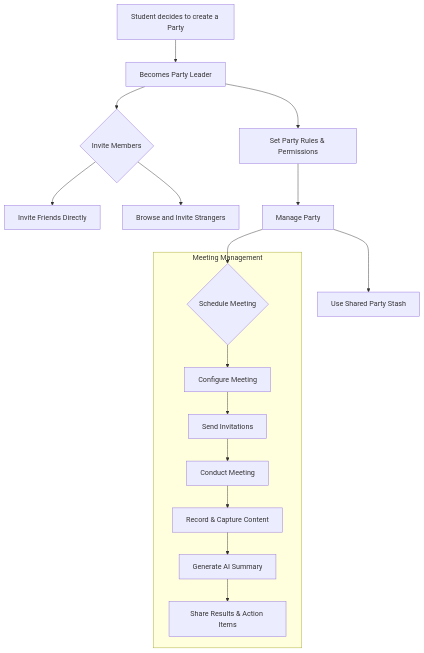
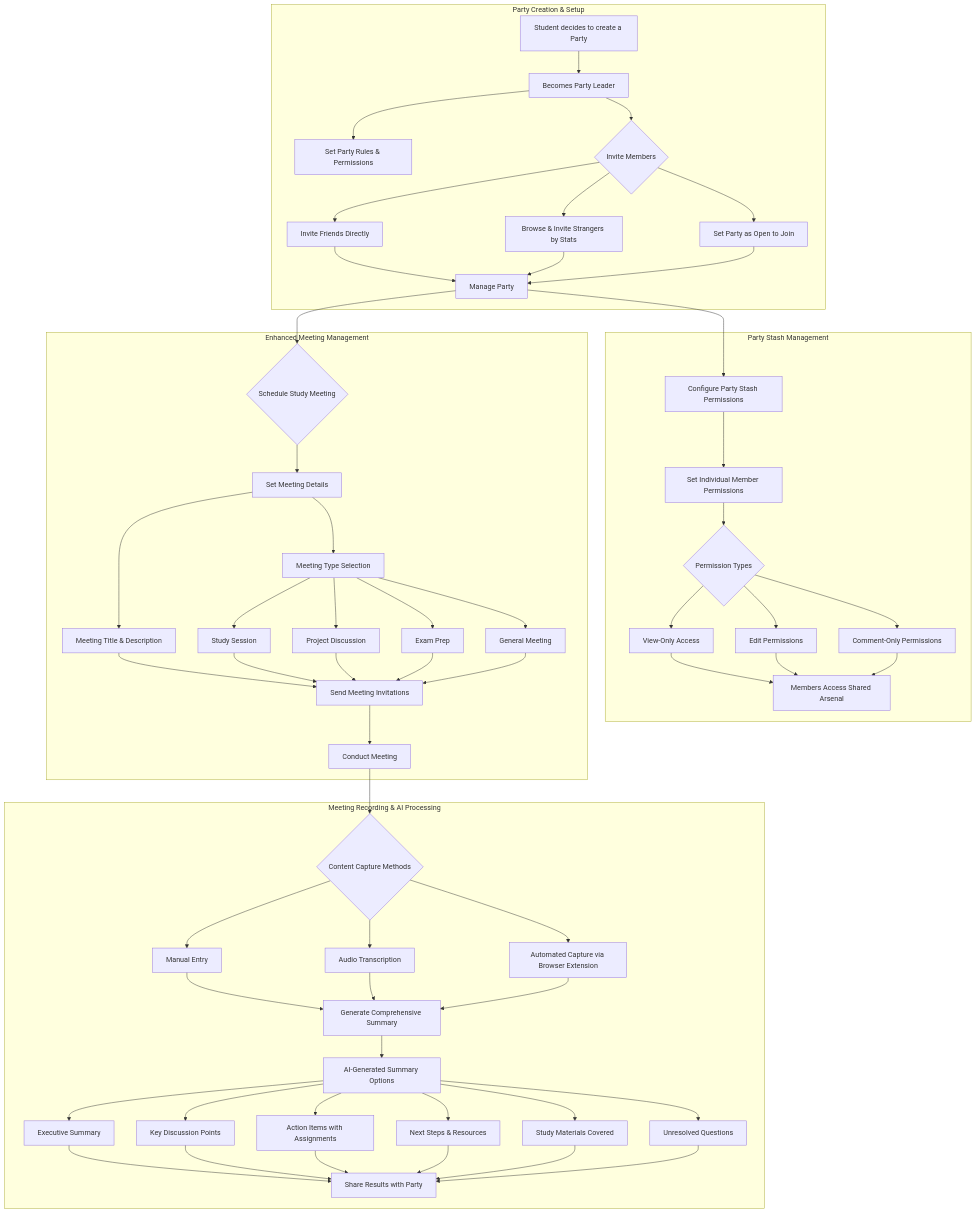
One commit to FA25SE050-RogueLearn/RogueLearn.BMAD.Documentation changed the third of 4 diagrams in docs/prd/user-flows.md. Above: the diagram before and after it, drawn with Mermaid. The commit also changed other lines of this file, not shown here.

Commit message:
feat: update user-flows

````diff
--- a/docs/prd/user-flows.md
+++ b/docs/prd/user-flows.md
@@ -75,20 +123,66 @@
 ```mermaid
 graph TD
-    A[Student decides to create a Party] --> B[Becomes Party Leader];
-    B --> C[Set Party Rules & Permissions];
-    B --> D{Invite Members};
-    D --> E[Invite Friends Directly];
-    D --> F[Browse and Invite Strangers];
-    C --> G[Manage Party];
-    G --> H[Use Shared Party Stash];
-    G --> I{Schedule Meeting};
-    
-    subgraph "Meeting Management"
-        I --> J[Configure Meeting];
-        J --> K[Send Invitations];
-        K --> L[Conduct Meeting];
-        L --> M[Record & Capture Content];
-        M --> N[Generate AI Summary];
-        N --> O[Share Results & Action Items];
+    subgraph "Party Creation & Setup"
+        A[Student decides to create a Party] --> B[Becomes Party Leader];
+        B --> C[Set Party Rules & Permissions];
+        B --> D{Invite Members};
+        D --> E[Invite Friends Directly];
+        D --> F[Browse & Invite Strangers by Stats];
+        D --> G[Set Party as Open to Join];
+        E --> H[Manage Party];
+        F --> H;
+        G --> H;
+    end
+
+    subgraph "Party Stash Management"
+        H --> I[Configure Party Stash Permissions];
+        I --> J[Set Individual Member Permissions];
+        J --> K{Permission Types};
+        K --> L[View-Only Access];
+        K --> M[Edit Permissions];
+        K --> N[Comment-Only Permissions];
+        L --> O[Members Access Shared Arsenal];
+        M --> O;
+        N --> O;
+    end
+
+    subgraph "Enhanced Meeting Management"
+        H --> P{Schedule Study Meeting};
+        P --> Q[Set Meeting Details];
+        Q --> Q1[Meeting Title & Description];
+        Q --> Q2[Meeting Type Selection];
+        Q2 --> Q3[Study Session];
+        Q2 --> Q4[Project Discussion];
+        Q2 --> Q5[Exam Prep];
+        Q2 --> Q6[General Meeting];
+        Q1 --> R[Send Meeting Invitations];
+        Q3 --> R;
+        Q4 --> R;
+        Q5 --> R;
+        Q6 --> R;
+        R --> S[Conduct Meeting];
+    end
+
+    subgraph "Meeting Recording & AI Processing"
+        S --> T{Content Capture Methods};
+        T --> U[Manual Entry];
+        T --> V[Audio Transcription];
+        T --> W[Automated Capture via Browser Extension];
+        U --> X[Generate Comprehensive Summary];
+        V --> X;
+        W --> X;
+        X --> Y[AI-Generated Summary Options];
+        Y --> Z[Executive Summary];
+        Y --> AA[Key Discussion Points];
+        Y --> BB[Action Items with Assignments];
+        Y --> CC[Next Steps & Resources];
+        Y --> DD[Study Materials Covered];
+        Y --> EE[Unresolved Questions];
+        Z --> FF[Share Results with Party];
+        AA --> FF;
+        BB --> FF;
+        CC --> FF;
+        DD --> FF;
+        EE --> FF;
     end
 ```
````
